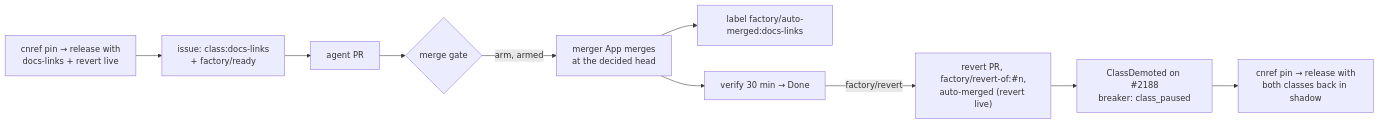
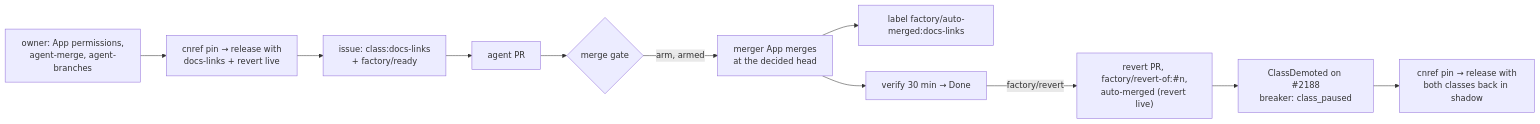
The diagram in docs/runbooks/agent-factory/12-live-auto-merge-drill.md (Smana/ai-native-ref), drawn with Mermaid before and after one commit. The commit also changed other lines of this file and 1 other file, not shown here.

First line of the commit message:
docs(runbooks): retarget the live auto-merge drill at gcp-0

````diff
--- a/docs/runbooks/agent-factory/12-live-auto-merge-drill.md
+++ b/docs/runbooks/agent-factory/12-live-auto-merge-drill.md
@@ -9,11 +51,12 @@
 ```mermaid
 flowchart LR
-  pin["cnref pin → release with<br/>docs-links + revert live"] --> issue["issue: class:docs-links<br/>+ factory/ready"]
+  gh["owner: App permissions,<br/>agent-merge, agent-branches"] --> pin["cnref pin → release with<br/>docs-links + revert live"]
+  pin --> issue["issue: class:docs-links<br/>+ factory/ready"]
   issue --> pr["agent PR"] --> gate{"merge gate"}
   gate -->|"arm, armed"| merge["merger App merges<br/>at the decided head"]
   merge --> lbl["label factory/auto-merged:docs-links"]
   merge --> verify["verify 30 min → Done"]
   verify -->|"factory/revert"| rv["revert PR, factory/revert-of:#n,<br/>auto-merged (revert live)"]
   rv --> demoted["ClassDemoted on #2188<br/>breaker: class_paused"]
   demoted --> back["cnref pin → release with<br/>both classes back in shadow"]
 ```
````
